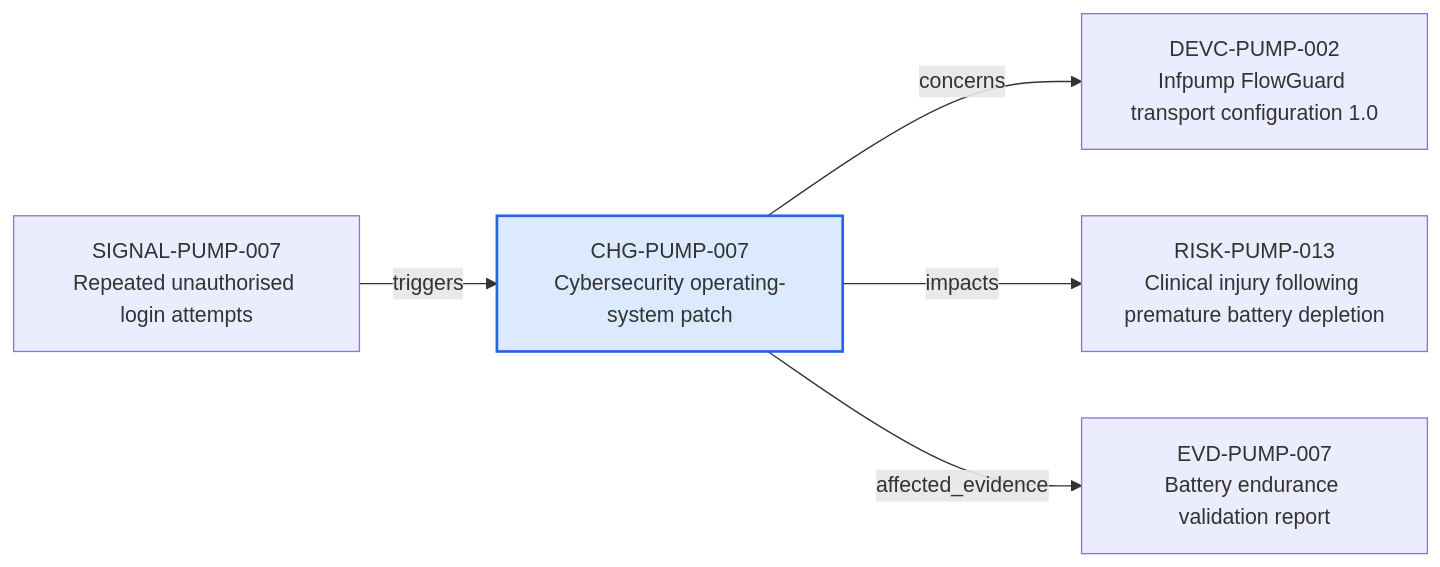
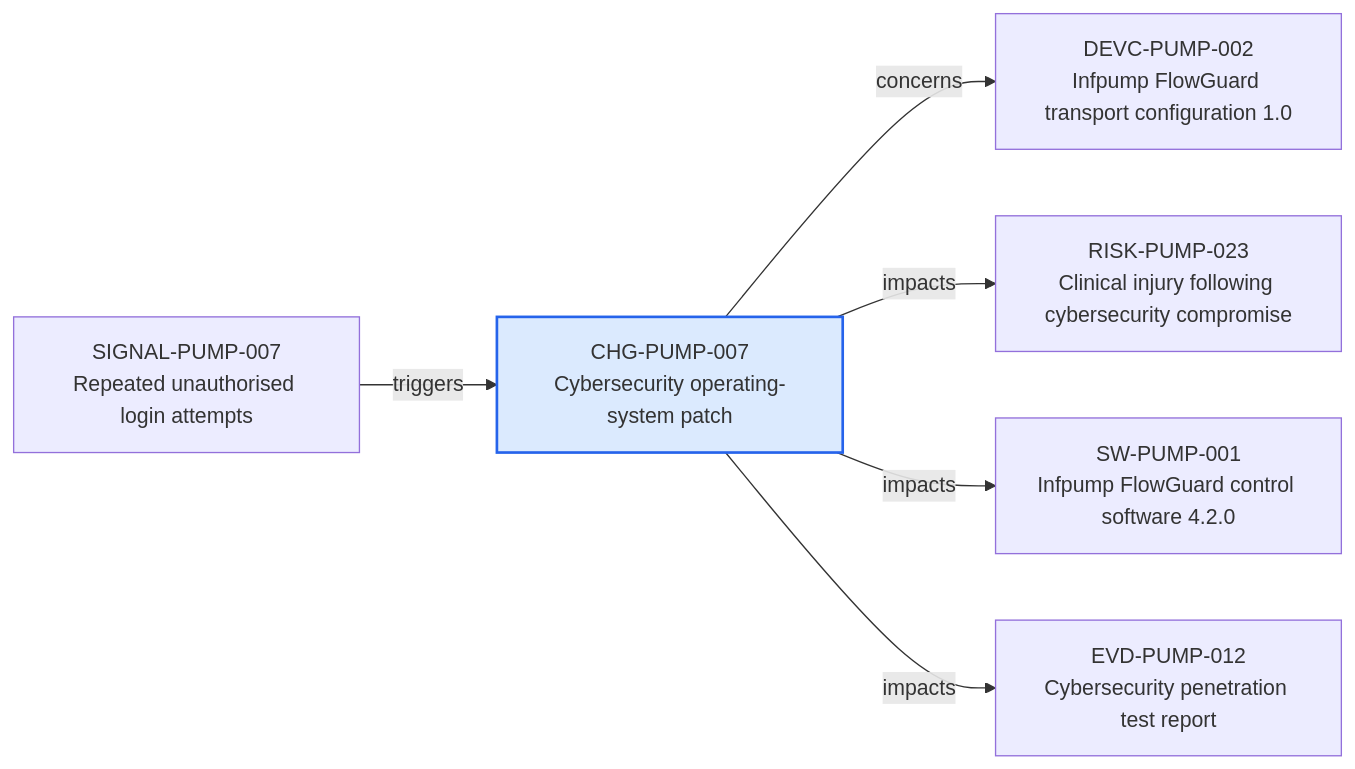
Before and after one commit to mvattulainen/mdrontology: the diagram in content/06-Infpump FlowGuard ontology notes/change/CHG-PUMP-007-cybersecurity-operating-system-patch.md, drawn with Mermaid. The commit also changed other lines of this file and 321 other files, not shown here.

Commit message:
Implement Mermaid ontology audit findings

````diff
--- a/content/06-Infpump FlowGuard ontology notes/change/CHG-PUMP-007-cybersecurity-operating-system-patch.md
+++ b/content/06-Infpump FlowGuard ontology notes/change/CHG-PUMP-007-cybersecurity-operating-system-patch.md
@@ -81,14 +81,16 @@
 ```mermaid
 flowchart LR
   CURRENT["CHG-PUMP-007<br/>Cybersecurity operating-system patch"]
   PREV0["SIGNAL-PUMP-007<br/>Repeated unauthorised login attempts"]
   PREV0 -->|"triggers"| CURRENT
   NEXT0["DEVC-PUMP-002<br/>Infpump FlowGuard transport configuration 1.0"]
   CURRENT -->|"concerns"| NEXT0
-  NEXT1["RISK-PUMP-013<br/>Clinical injury following premature battery depletion"]
+  NEXT1["RISK-PUMP-023<br/>Clinical injury following cybersecurity compromise"]
   CURRENT -->|"impacts"| NEXT1
-  NEXT2["EVD-PUMP-007<br/>Battery endurance validation report"]
-  CURRENT -->|"affected_evidence"| NEXT2
+  NEXT2["SW-PUMP-001<br/>Infpump FlowGuard control software 4.2.0"]
+  CURRENT -->|"impacts"| NEXT2
+  NEXT3["EVD-PUMP-012<br/>Cybersecurity penetration test report"]
+  CURRENT -->|"impacts"| NEXT3
   classDef current fill:#dbeafe,stroke:#2563eb,stroke-width:2px
   class CURRENT current
 ```
````
